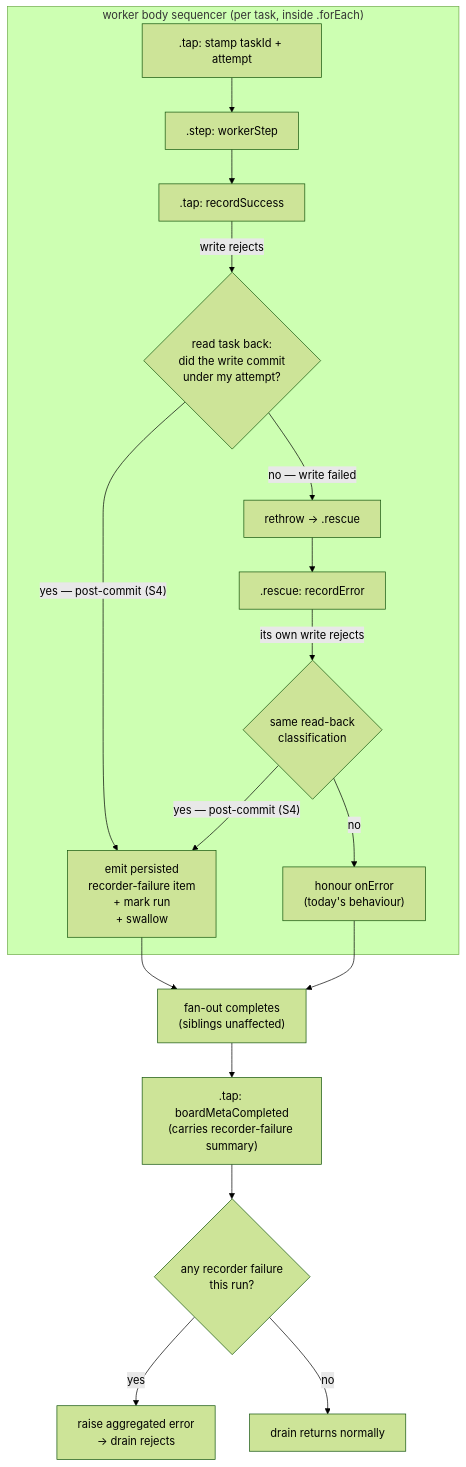
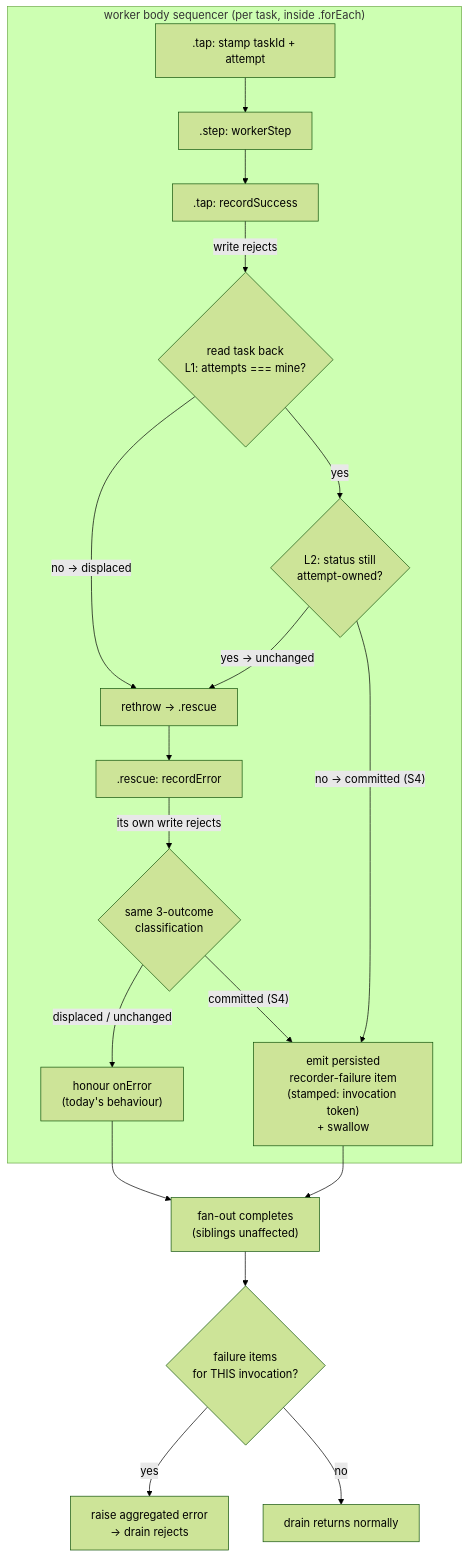
The diagram in docs/specs/FIX-963.md (fixpoint-labs/flow-state-dev), drawn with Mermaid (forest theme) before and after one commit. The commit also changed other lines of this file, not shown here.

````diff
--- a/docs/specs/FIX-963.md
+++ b/docs/specs/FIX-963.md
@@ -297,20 +313,21 @@
 ```mermaid
 flowchart TD
     subgraph body["worker body sequencer (per task, inside .forEach)"]
         stamp[".tap: stamp taskId + attempt"] --> work[".step: workerStep"]
         work --> rs[".tap: recordSuccess"]
-        rs -->|"write rejects"| cls{"read task back:<br/>did the write commit<br/>under my attempt?"}
-        cls -->|"no — write failed"| rethrow["rethrow → .rescue"]
-        cls -->|"yes — post-commit (S4)"| report["emit persisted<br/>recorder-failure item<br/>+ mark run<br/>+ swallow"]
+        rs -->|"write rejects"| cls{"read task back<br/>L1: attempts === mine?"}
+        cls -->|"no → displaced"| rethrow["rethrow → .rescue"]
+        cls -->|"yes"| cls1b{"L2: status still<br/>attempt-owned?"}
+        cls1b -->|"yes → unchanged"| rethrow
+        cls1b -->|"no → committed (S4)"| report["emit persisted<br/>recorder-failure item<br/>(stamped: invocation token)<br/>+ swallow"]
         rethrow --> re[".rescue: recordError"]
-        re -->|"its own write rejects"| cls2{"same read-back<br/>classification"}
-        cls2 -->|"no"| honour["honour onError<br/>(today's behaviour)"]
-        cls2 -->|"yes — post-commit (S4)"| report
+        re -->|"its own write rejects"| cls2{"same 3-outcome<br/>classification"}
+        cls2 -->|"displaced / unchanged"| honour["honour onError<br/>(today's behaviour)"]
+        cls2 -->|"committed (S4)"| report
     end
     report --> drained["fan-out completes<br/>(siblings unaffected)"]
     honour --> drained
-    drained --> meta[".tap: boardMetaCompleted<br/>(carries recorder-failure summary)"]
-    meta --> raise{"any recorder failure<br/>this run?"}
+    drained --> raise{"failure items<br/>for THIS invocation?"}
     raise -->|"yes"| fail["raise aggregated error<br/>→ drain rejects"]
     raise -->|"no"| ok["drain returns normally"]
 ```
````
